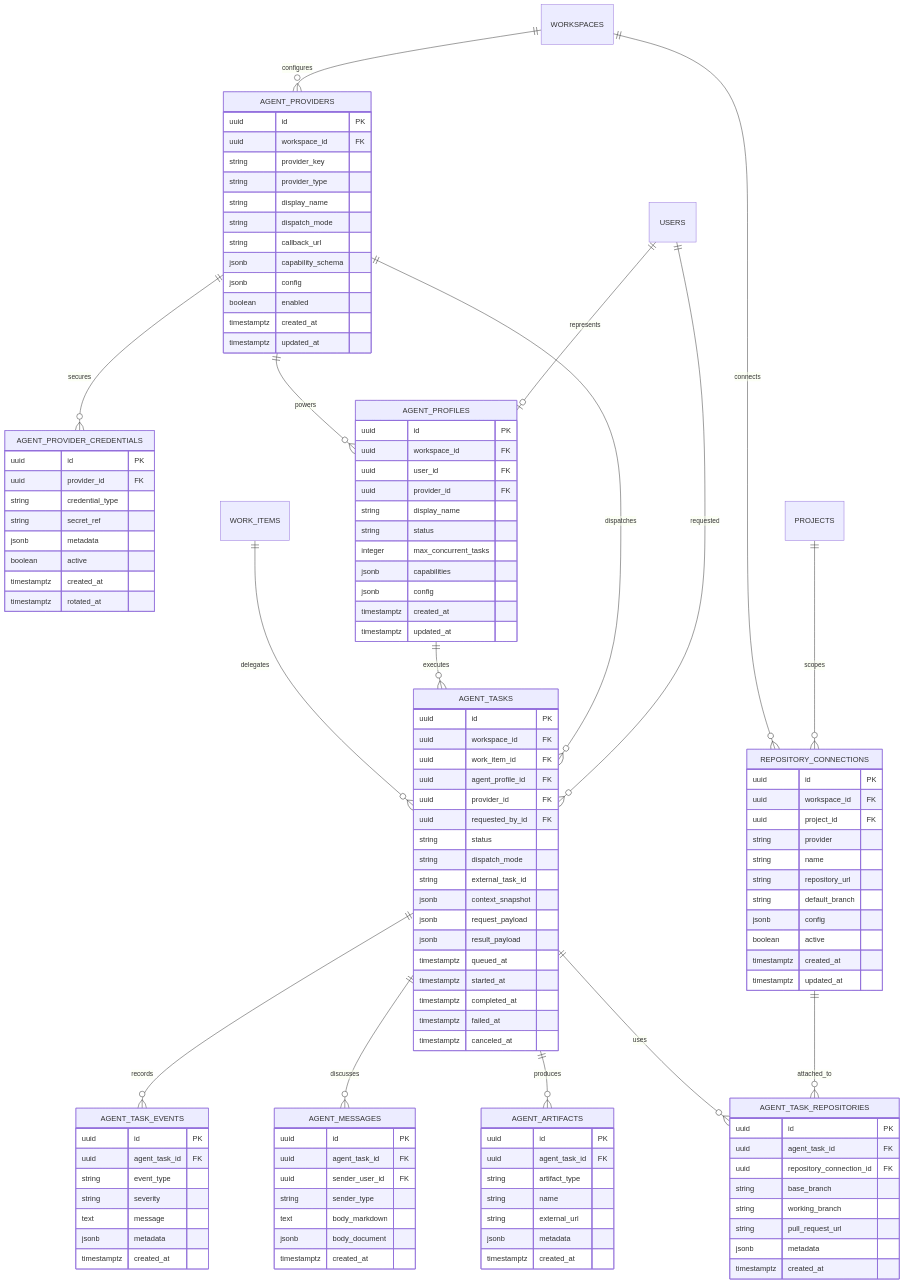
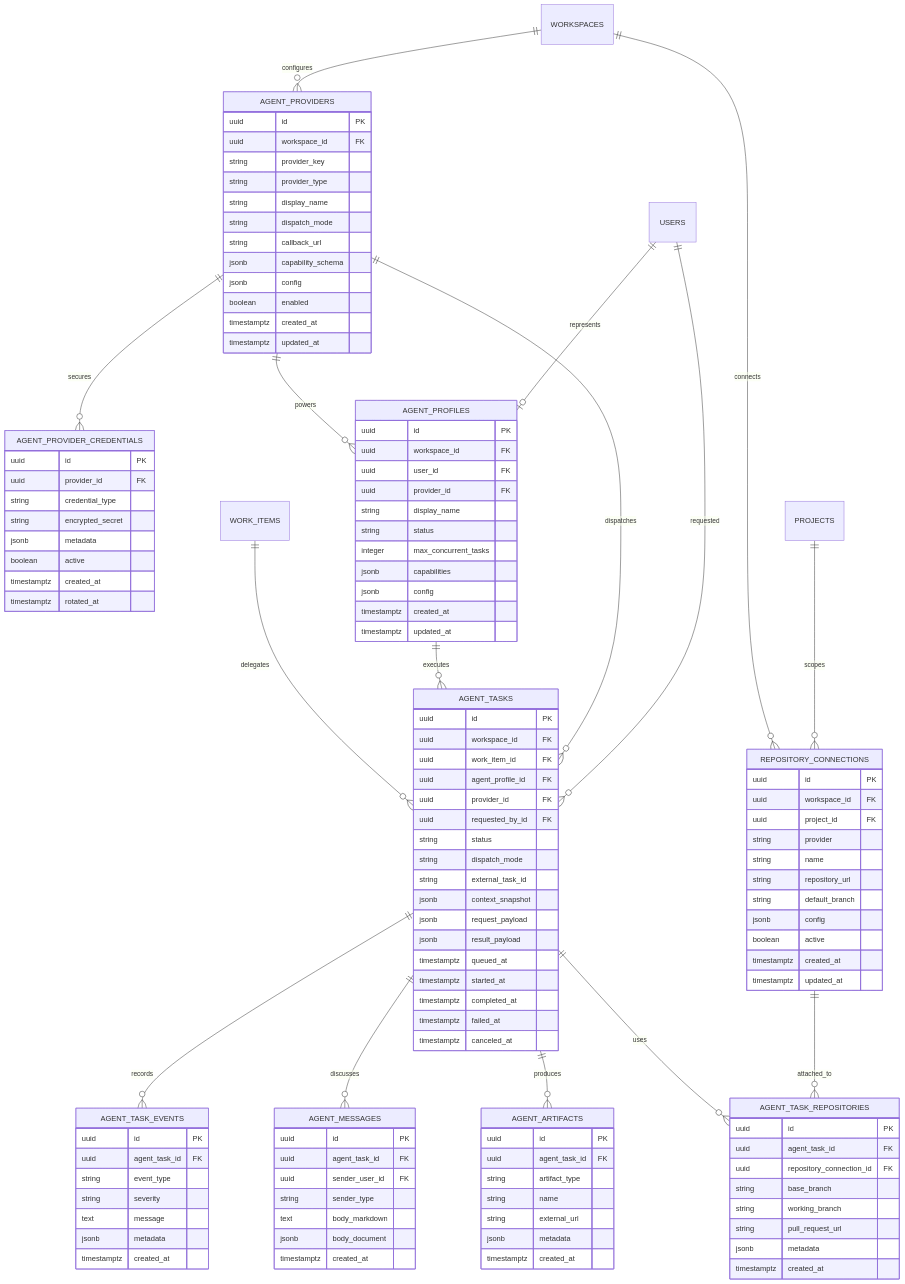
Before and after one commit to StrangeQuark/trasck: the sixth of 6 diagrams in TECH_SPECS.MD, drawn with Mermaid. The commit also changed other lines of this file and 25 other files, not shown here.

```diff
--- a/TECH_SPECS.MD
+++ b/TECH_SPECS.MD
@@ -916,7 +941,7 @@
         uuid id PK
         uuid provider_id FK
         string credential_type
-        string secret_ref
+        string encrypted_secret
         jsonb metadata
         boolean active
         timestamptz created_at
```
